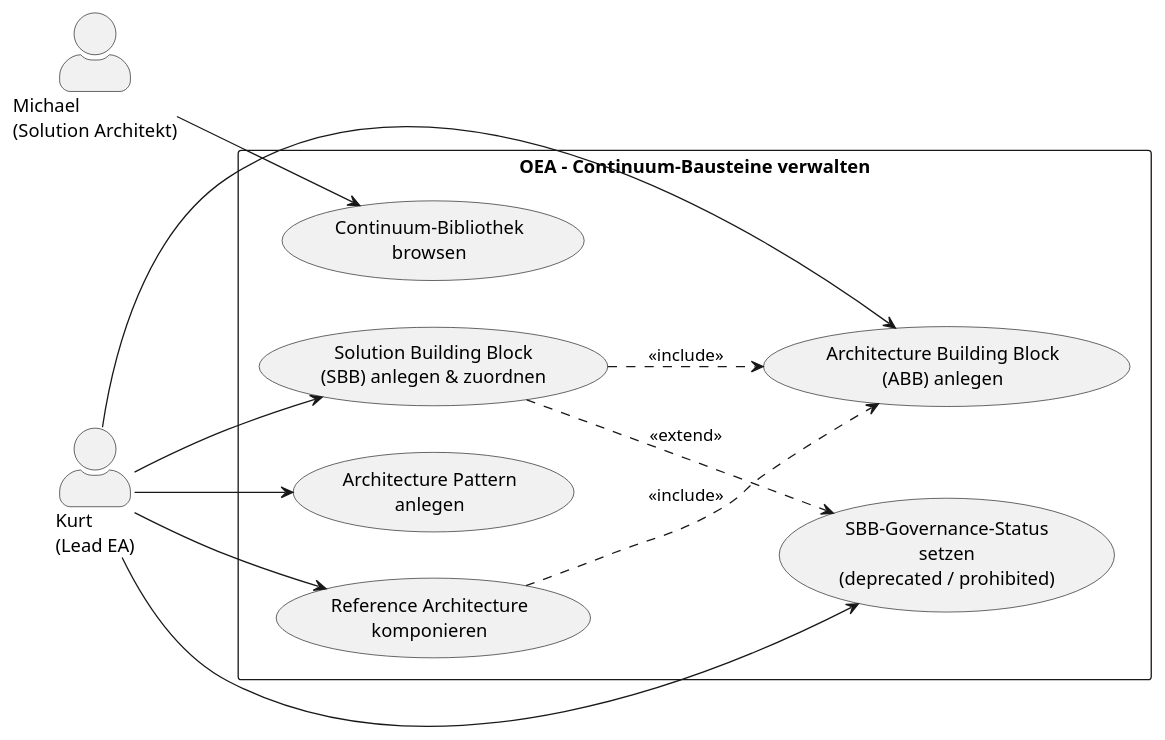
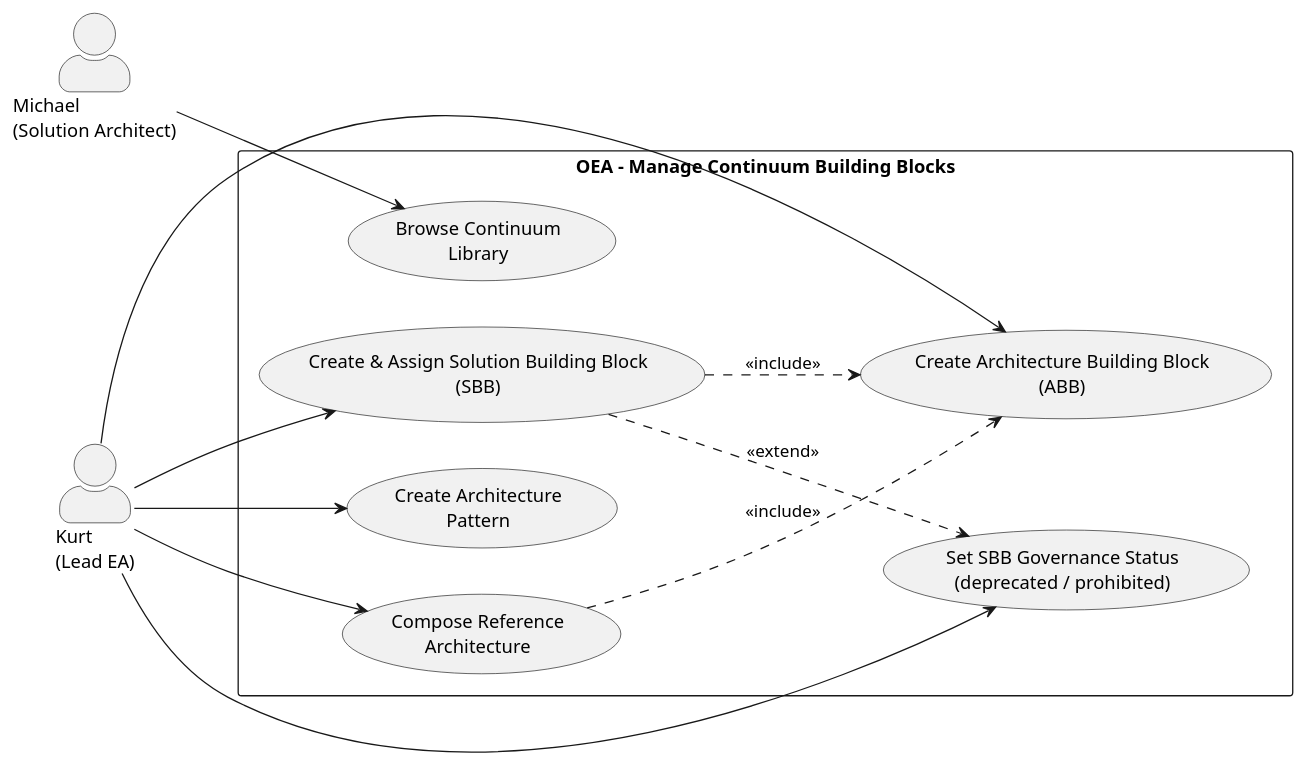
One commit to open-enterprise-architecture/OEA changed the diagram in requirements/use-cases/UC-17-manage-continuum-building-blocks.md. Above: the diagram before and after it, drawn with PlantUML. The commit also changed other lines of this file and 630 other files, not shown here.

````diff
--- a/requirements/use-cases/UC-17-manage-continuum-building-blocks.md
+++ b/requirements/use-cases/UC-17-manage-continuum-building-blocks.md
@@ -37,29 +37,29 @@
 ```plantuml
 @startuml UC-17-Continuum
 left to right direction
 skinparam actorStyle awesome
 
 actor "Kurt\n(Lead EA)" as Kurt
-actor "Michael\n(Solution Architekt)" as Michael
+actor "Michael\n(Solution Architect)" as Michael
 
-rectangle "OEA – Continuum-Bausteine verwalten" {
-  usecase "Architecture Building Block\n(ABB) anlegen" as UC_ABB
-  usecase "Solution Building Block\n(SBB) anlegen & zuordnen" as UC_SBB
-  usecase "Architecture Pattern\nanlegen" as UC_Pattern
-  usecase "Reference Architecture\nkomponieren" as UC_RefArch
-  usecase "SBB-Governance-Status\nsetzen\n(deprecated / prohibited)" as UC_Status
-  usecase "Continuum-Bibliothek\nbrowsen" as UC_Browse
+rectangle "OEA – Manage Continuum Building Blocks" {
+  usecase "Create Architecture Building Block\n(ABB)" as UC_ABB
+  usecase "Create & Assign Solution Building Block\n(SBB)" as UC_SBB
+  usecase "Create Architecture\nPattern" as UC_Pattern
+  usecase "Compose Reference\nArchitecture" as UC_RefArch
+  usecase "Set SBB Governance Status\n(deprecated / prohibited)" as UC_Status
+  usecase "Browse Continuum\nLibrary" as UC_Browse
 }
 
 Kurt --> UC_ABB
 Kurt --> UC_SBB
 Kurt --> UC_Pattern
 Kurt --> UC_RefArch
 Kurt --> UC_Status
 Michael --> UC_Browse
 
 UC_SBB ..> UC_ABB : <<include>>
 UC_RefArch ..> UC_ABB : <<include>>
 UC_SBB ..> UC_Status : <<extend>>
 @enduml
 ```
````
